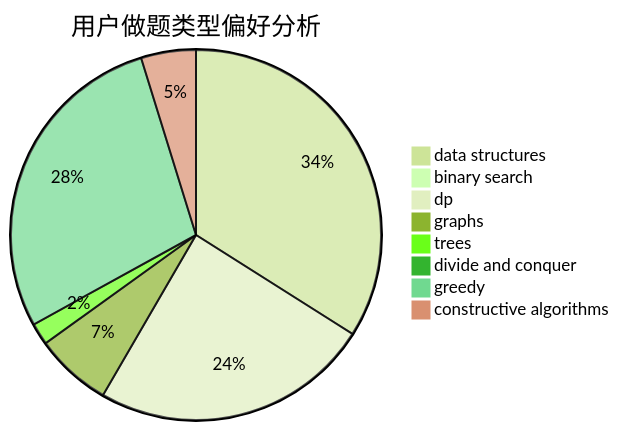
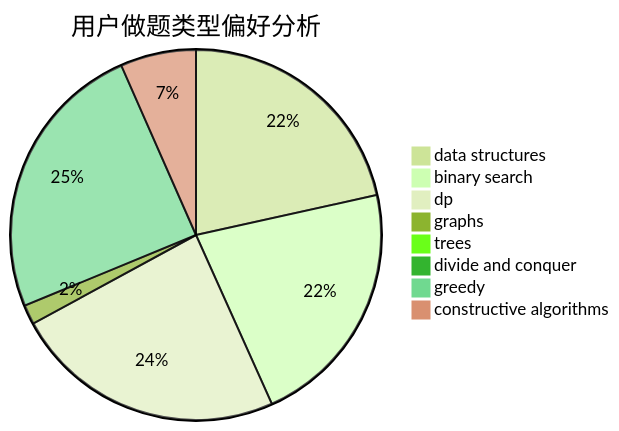
One commit to sherpahu/cfrs.github.io changed the second of 3 diagrams in docs/user/u1241.md. Above: the diagram before and after it, drawn with Mermaid (forest theme). The commit also changed other lines of this file and 2770 other files, not shown here.

````diff
--- a/docs/user/u1241.md
+++ b/docs/user/u1241.md
@@ -23,11 +23,11 @@
 ```mermaid
 pie title 用户做题类型偏好分析
-    "data structures" :  71
-    "binary search" :  0
-    "dp" :  51
-    "graphs" :  14
-    "trees" :  4
+    "data structures" :  391
+    "binary search" :  395
+    "dp" :  432
+    "graphs" :  31
+    "trees" :  2
     "divide and conquer" :  0
-    "greedy" :  59
-    "constructive algorithms" :  10
+    "greedy" :  447
+    "constructive algorithms" :  120
 ```
````
